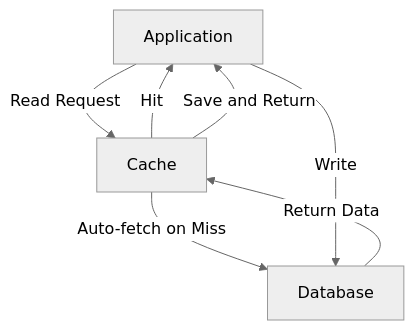
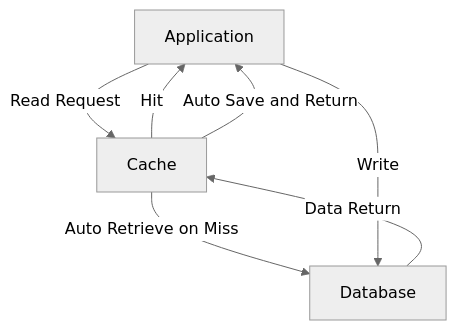
Before and after one commit to bmf-san/bmf-tech: the third of 10 diagrams in content/en/posts/cache-strategy-patterns.md, drawn with Mermaid (neutral theme). The commit also changed other lines of this file and 989 other files, not shown here.

````diff
--- a/content/en/posts/cache-strategy-patterns.md
+++ b/content/en/posts/cache-strategy-patterns.md
@@ -86,10 +85,10 @@
 ```mermaid
 graph TD
     A[Application] -->|Read Request| B[Cache]
     B -->|Hit| A
-    B -->|Auto-fetch on Miss| C[Database]
-    C -->|Return Data| B
-    B -->|Save and Return| A
+    B -->|Auto Retrieve on Miss| C[Database]
+    C -->|Data Return| B
+    B -->|Auto Save and Return| A
 
     A -->|Write| C
 ```
````
